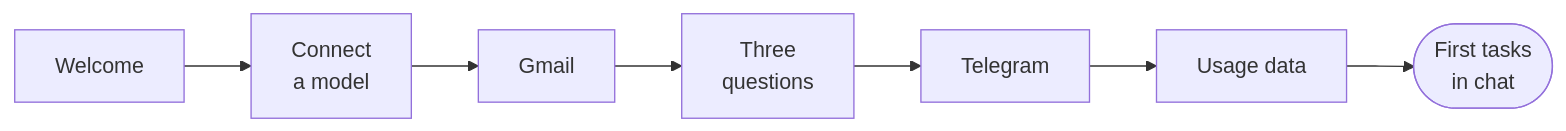
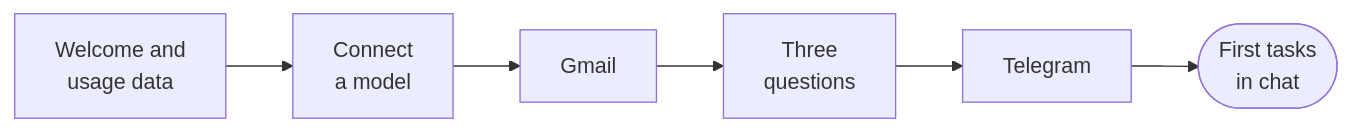
One commit to KrishBhimani/nod changed the diagram in docs/src/content/docs/get-started/first-conversation.mdx. Above: the diagram before and after it, drawn with Mermaid. The commit also changed other lines of this file and 27 other files, not shown here.

Commit message:
feat(settings): one General tab and ask about usage data at the start of setup (#368)

````diff
--- a/docs/src/content/docs/get-started/first-conversation.mdx
+++ b/docs/src/content/docs/get-started/first-conversation.mdx
@@ -16,9 +16,8 @@
 ```mermaid
 flowchart LR
-  hi[Welcome] --> model[Connect<br/>a model]:::accent
+  hi[Welcome and<br/>usage data] --> model[Connect<br/>a model]:::accent
   model --> gmail[Gmail]:::muted
   gmail --> q[Three<br/>questions]
   q --> tg[Telegram]:::muted
-  tg --> usage[Usage data]
-  usage --> cards([First tasks<br/>in chat]):::go
+  tg --> cards([First tasks<br/>in chat]):::go
 ```
````
